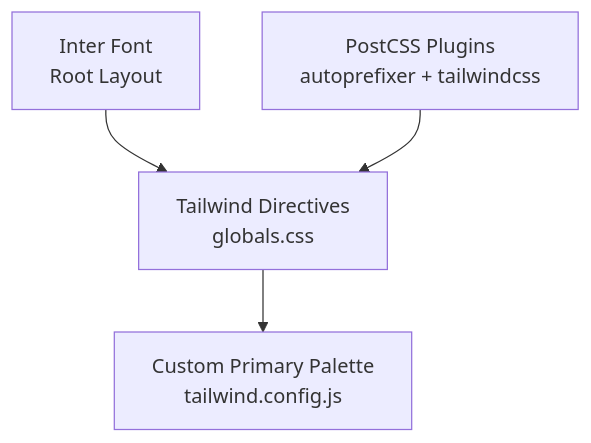
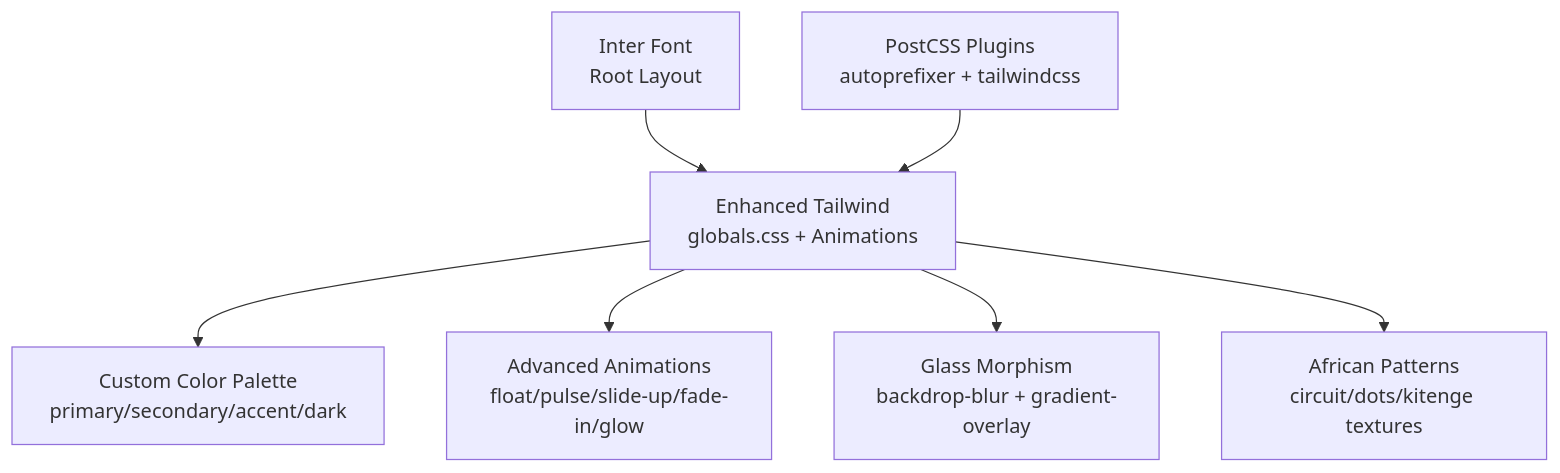
One commit to askchiwa-spec/FLOW-HQ-BOT changed diagram 12 of 14 in .qoder/repowiki/en/content/Frontend Application/Application Architecture.md. Above: the diagram before and after it, drawn with Mermaid. The commit also changed other lines of this file and 11 other files, not shown here.

First line of the commit message:
feat: Apply African Futurism theme to portal pages

````diff
--- a/.qoder/repowiki/en/content/Frontend Application/Application Architecture.md
+++ b/.qoder/repowiki/en/content/Frontend Application/Application Architecture.md
@@ -330,10 +442,16 @@
 ```mermaid
 graph TB
 Inter["Inter Font<br/>Root Layout"]
-Tailwind["Tailwind Directives<br/>globals.css"]
-Theme["Custom Primary Palette<br/>tailwind.config.js"]
+Tailwind["Enhanced Tailwind<br/>globals.css + Animations"]
+Theme["Custom Color Palette<br/>primary/secondary/accent/dark"]
+Animations["Advanced Animations<br/>float/pulse/slide-up/fade-in/glow"]
+Glass["Glass Morphism<br/>backdrop-blur + gradient-overlay"]
+Patterns["African Patterns<br/>circuit/dots/kitenge textures"]
 PostCSS["PostCSS Plugins<br/>autoprefixer + tailwindcss"]
 Inter --> Tailwind
 Tailwind --> Theme
+Tailwind --> Animations
+Tailwind --> Glass
+Tailwind --> Patterns
 PostCSS --> Tailwind
 ```
````
